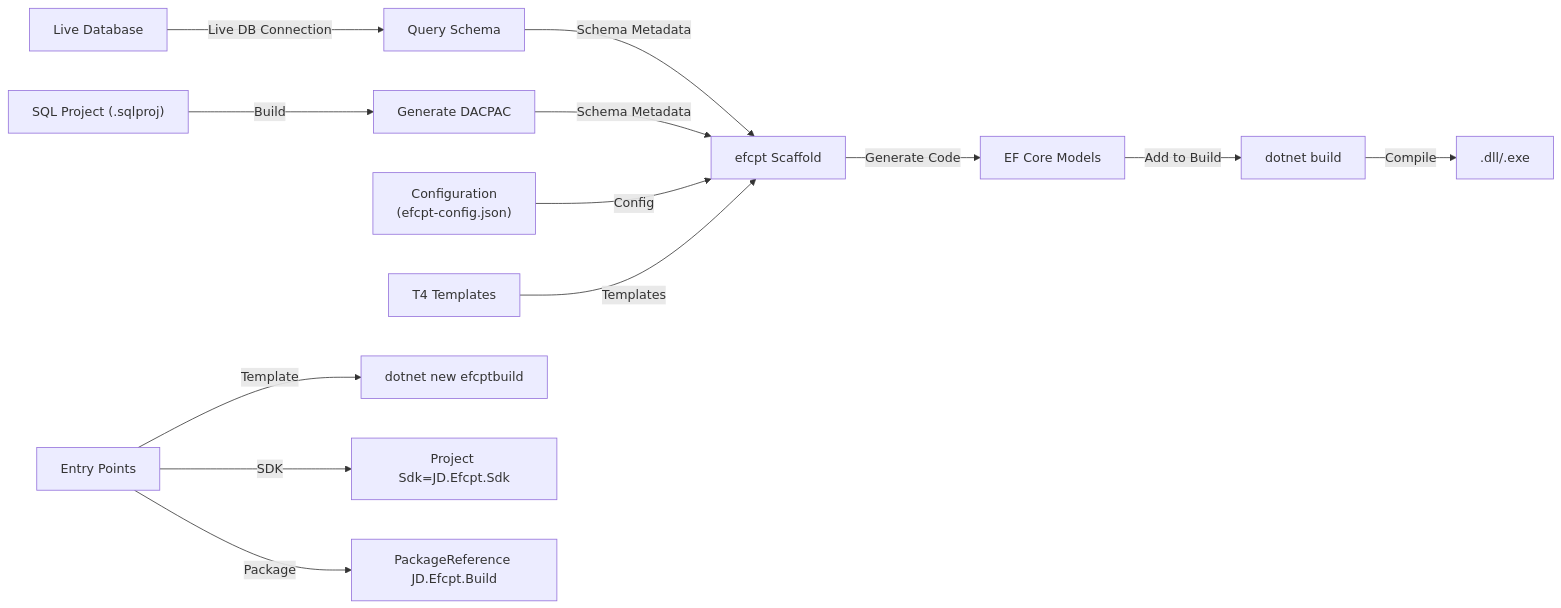
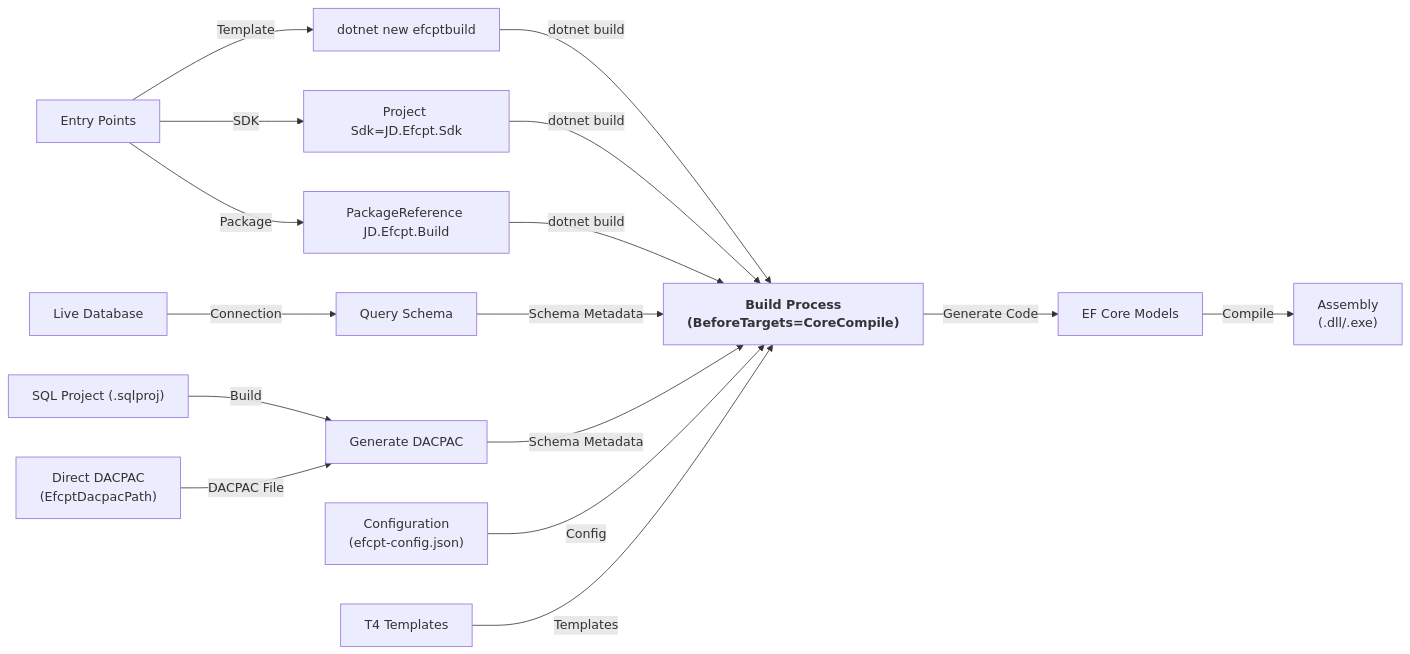
Before and after one commit to JerrettDavis/JD.Efcpt.Build: the diagram in README.md, drawn with Mermaid. The commit also changed other lines of this file and 8 other files, not shown here.

Commit message:
docs: fix review issues — provider caveats, comparison table clarity, diagram timing, changelog label, revert lock file

````diff
--- a/README.md
+++ b/README.md
@@ -48,16 +48,20 @@
 ```mermaid
 graph LR
-    A["Live Database"] -->|Live DB Connection| B["Query Schema"]
-    C["SQL Project (.sqlproj)"] -->|Build| D["Generate DACPAC"]
-    B & D -->|Schema Metadata| E["efcpt Scaffold"]
-    F["Configuration<br/>(efcpt-config.json)"] -->|Config| E
-    G["T4 Templates"] -->|Templates| E
-    E -->|Generate Code| H["EF Core Models"]
-    H -->|Add to Build| I["dotnet build"]
-    I -->|Compile| J[".dll/.exe"]
-    
     K["Entry Points"]
     K -->|Template| L["dotnet new efcptbuild"]
     K -->|SDK| M["Project Sdk=JD.Efcpt.Sdk"]
     K -->|Package| N["PackageReference JD.Efcpt.Build"]
+    
+    L & M & N -->|dotnet build| Build["<b>Build Process<br/>(BeforeTargets=CoreCompile)</b>"]
+    
+    A["Live Database"] -->|Connection| B["Query Schema"]
+    C["SQL Project (.sqlproj)"] -->|Build| D["Generate DACPAC"]
+    Direct["Direct DACPAC<br/>(EfcptDacpacPath)"] -->|DACPAC File| D
+    
+    B & D -->|Schema Metadata| Build
+    F["Configuration<br/>(efcpt-config.json)"] -->|Config| Build
+    G["T4 Templates"] -->|Templates| Build
+    
+    Build -->|Generate Code| H["EF Core Models"]
+    H -->|Compile| I["Assembly<br/>(.dll/.exe)"]
 ```
````
